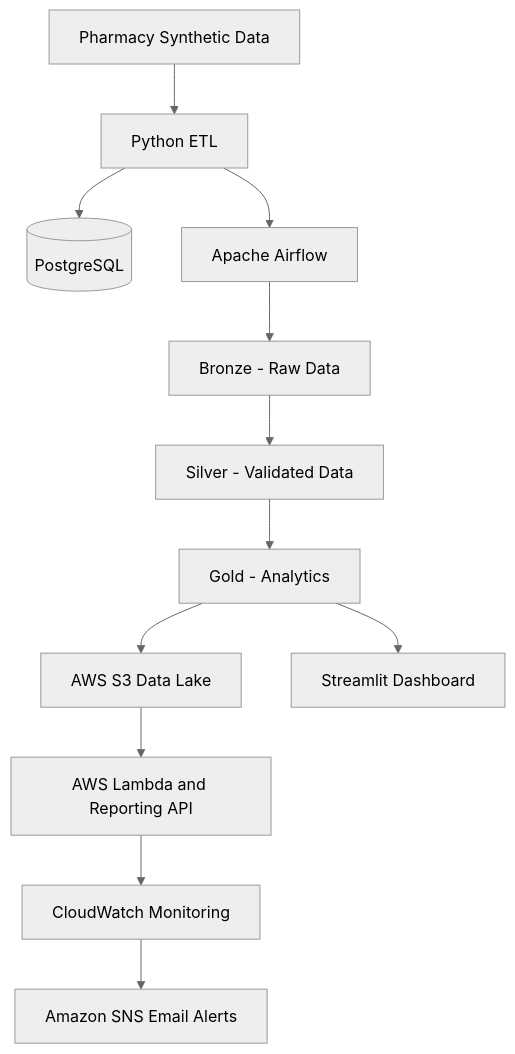
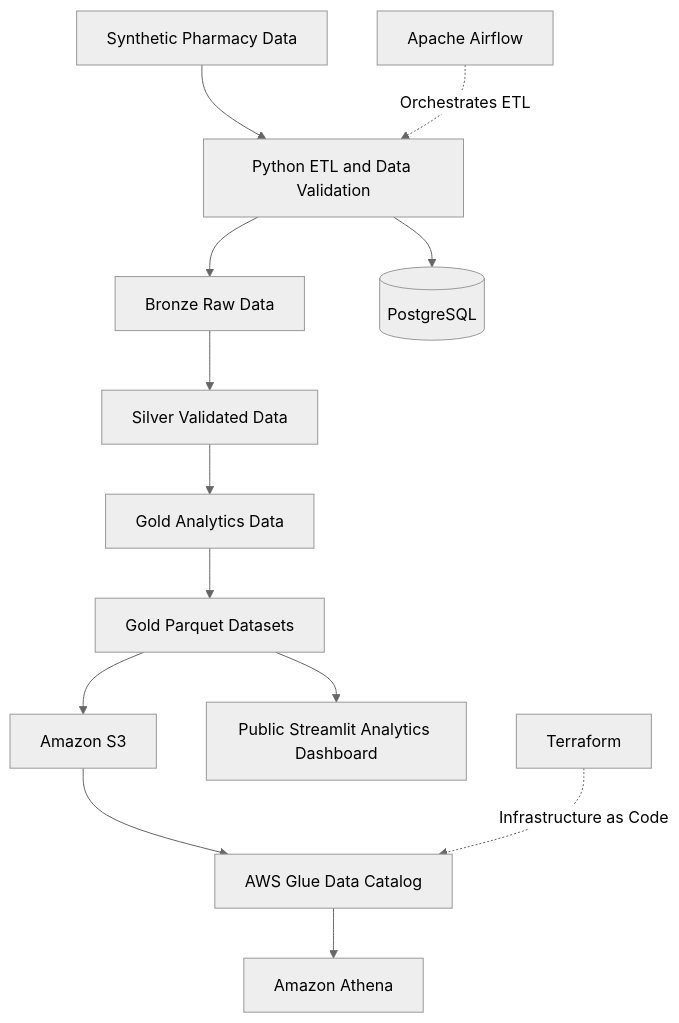
One commit to Sesay-samuel/pharmaflow-data-platform changed the first of 3 diagrams in docs/architecture.md. Above: the diagram before and after it, drawn with Mermaid (neutral theme). The commit also changed other lines of this file, not shown here.

Commit message:
docs: enhance PharmaFlow architecture presentation

````diff
--- a/docs/architecture.md
+++ b/docs/architecture.md
@@ -6,14 +12,16 @@
 ```mermaid
 flowchart TD
-    A[Pharmacy Synthetic Data] --> B[Python ETL]
-    B --> C[(PostgreSQL)]
-    B --> D[Apache Airflow]
-    D --> E[Bronze - Raw Data]
-    E --> F[Silver - Validated Data]
-    F --> G[Gold - Analytics]
-    G --> H[AWS S3 Data Lake]
-    G --> I[Streamlit Dashboard]
-    H --> J[AWS Lambda and Reporting API]
-    J --> K[CloudWatch Monitoring]
-    K --> L[Amazon SNS Email Alerts]
+    A[Synthetic Pharmacy Data] --> B[Python ETL and Data Validation]
+    B --> C[Bronze Raw Data]
+    C --> D[Silver Validated Data]
+    D --> E[Gold Analytics Data]
+    B --> F[(PostgreSQL)]
+    E --> G[Gold Parquet Datasets]
+    G --> H[Amazon S3]
+    H --> I[AWS Glue Data Catalog]
+    I --> J[Amazon Athena]
+    G --> K[Public Streamlit Analytics Dashboard]
+
+    L[Apache Airflow] -.->|Orchestrates ETL| B
+    M[Terraform] -.->|Infrastructure as Code| I
 ```
````
